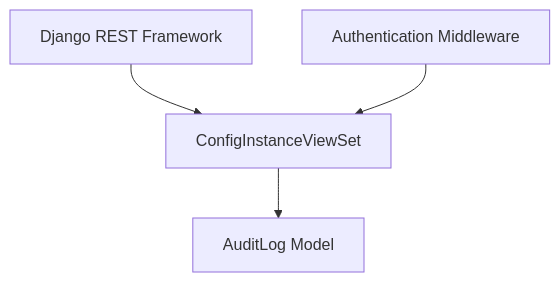
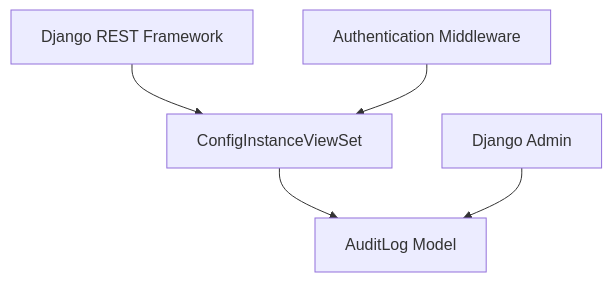
Before and after one commit to fengyong/ai-ops: the sixth of 6 diagrams in .qoder/repowiki/en/content/Backend API Documentation/Audit Log API.md, drawn with Mermaid. The commit also changed other lines of this file and 7 other files, not shown here.

````diff
--- a/.qoder/repowiki/en/content/Backend API Documentation/Audit Log API.md
+++ b/.qoder/repowiki/en/content/Backend API Documentation/Audit Log API.md
@@ -238,10 +323,12 @@
 ```mermaid
 graph TB
 DF["Django REST Framework"]
 AM["Authentication Middleware"]
+DA["Django Admin"]
 AL["AuditLog Model"]
 CI["ConfigInstanceViewSet"]
 CI --> AL
 DF --> CI
 AM --> CI
+DA --> AL
 ```
````
